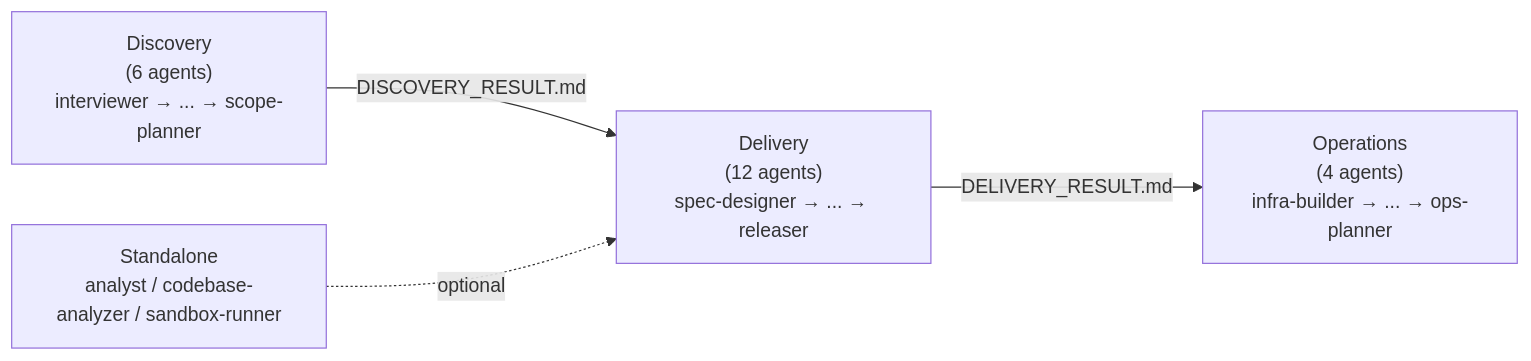
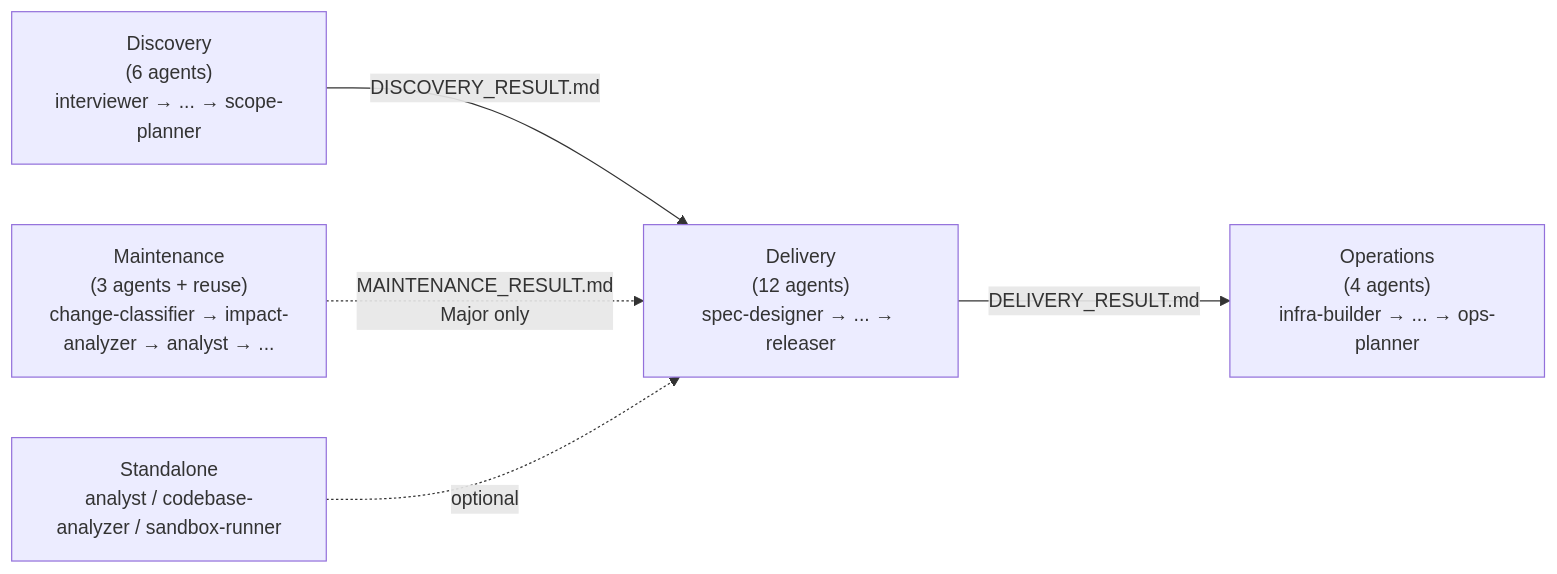
One commit to kirin0198/warterfall-agents changed the second of 6 diagrams in docs/wiki/en/Architecture.md. Above: the diagram before and after it, drawn with Mermaid. The commit also changed other lines of this file and 35 other files, not shown here.

First line of the commit message:
feat: design /maintenance-flow (4th flow for existing-project maintenance) (#29)

````diff
--- a/docs/wiki/en/Architecture.md
+++ b/docs/wiki/en/Architecture.md
@@ -64,11 +70,13 @@
 ```mermaid
 flowchart LR
     D["Discovery<br/>(6 agents)<br/>interviewer → ... → scope-planner"]
     DV["Delivery<br/>(12 agents)<br/>spec-designer → ... → releaser"]
     O["Operations<br/>(4 agents)<br/>infra-builder → ... → ops-planner"]
+    M["Maintenance<br/>(3 agents + reuse)<br/>change-classifier → impact-analyzer → analyst → ..."]
     S["Standalone<br/>analyst / codebase-analyzer / sandbox-runner"]
 
     D -->|DISCOVERY_RESULT.md| DV
     DV -->|DELIVERY_RESULT.md| O
+    M -.->|MAINTENANCE_RESULT.md<br/>Major only| DV
     S -.optional.-> DV
 ```
````
